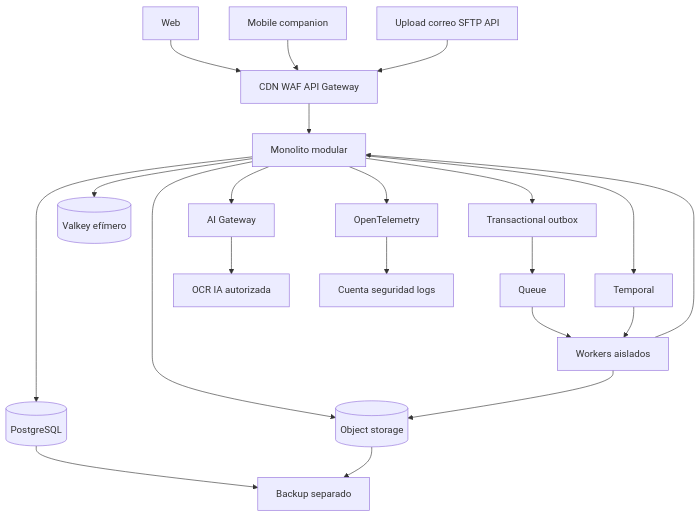
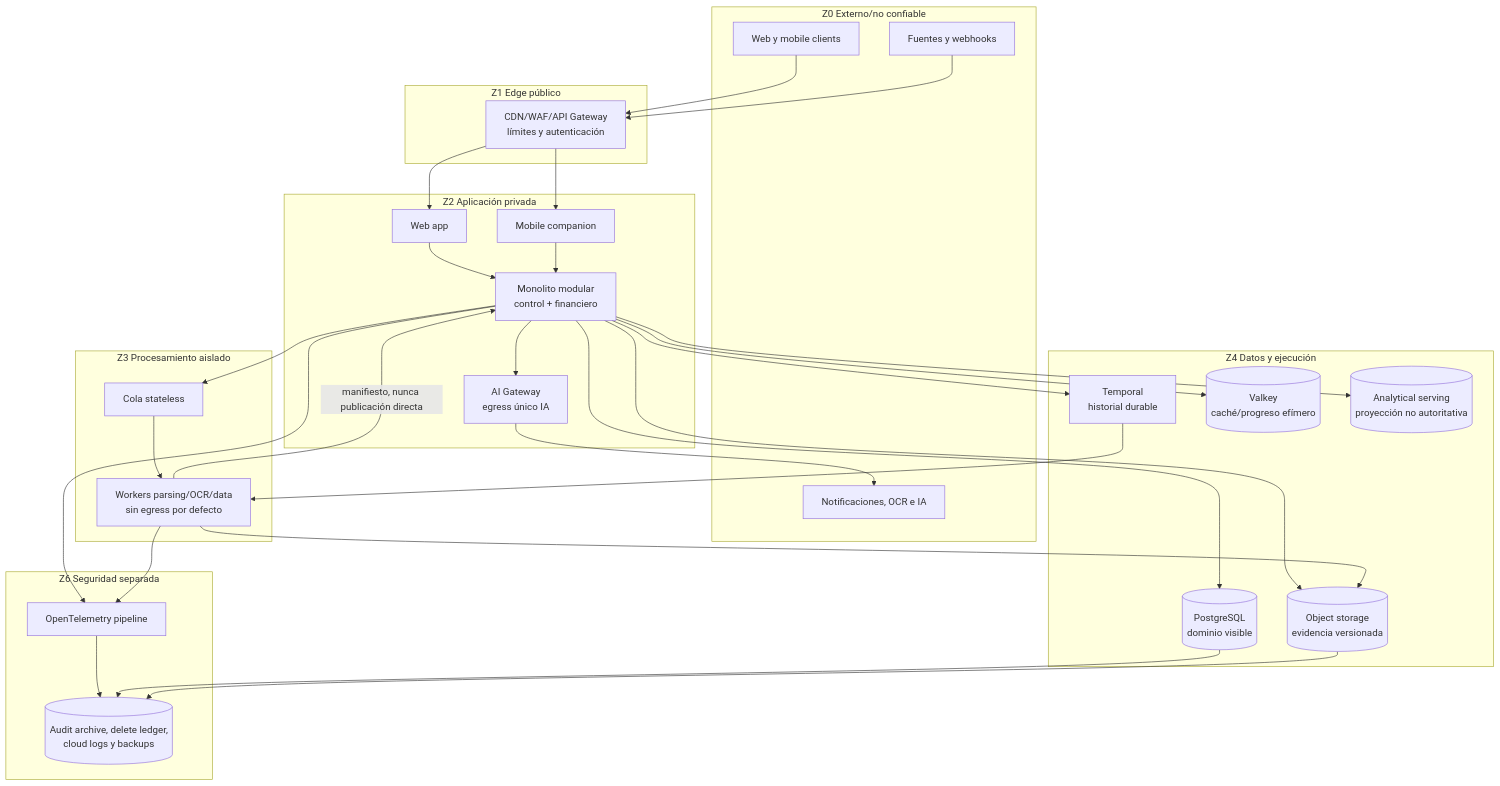
The second of 4 diagrams in docs/architecture/C4.md (Nipko/fincilia-platfrom), drawn with Mermaid before and after one commit. The commit also changed other lines of this file and 11 other files, not shown here.

Commit message:
docs(architecture): FNC-ARC-001 add executable C4 model

````diff
--- a/docs/architecture/C4.md
+++ b/docs/architecture/C4.md
@@ -31,23 +65,61 @@
-~~~mermaid
+```mermaid
 flowchart TB
-  Web[Web] --> Edge[CDN WAF API Gateway]
-  Mobile[Mobile companion] --> Edge
-  Sources[Upload correo SFTP API] --> Edge
-  Edge --> App[Monolito modular]
-  App --> PG[(PostgreSQL)]
-  App --> Obj[(Object storage)]
-  App --> Outbox[Transactional outbox]
-  Outbox --> Queue[Queue]
-  App --> Temporal[Temporal]
-  Queue --> Workers[Workers aislados]
+  subgraph Z0[Z0 Externo/no confiable]
+    User[Web y mobile clients]
+    Ext[Fuentes y webhooks]
+    Providers[Notificaciones, OCR e IA]
+  end
+
+  subgraph Z1[Z1 Edge público]
+    Edge[CDN/WAF/API Gateway<br/>límites y autenticación]
+  end
+
+  subgraph Z2[Z2 Aplicación privada]
+    Web[Web app]
+    Mobile[Mobile companion]
+    App[Monolito modular<br/>control + financiero]
+    AIG[AI Gateway<br/>egress único IA]
+  end
+
+  subgraph Z3[Z3 Procesamiento aislado]
+    Queue[Cola stateless]
+    Workers[Workers parsing/OCR/data<br/>sin egress por defecto]
+  end
+
+  subgraph Z4[Z4 Datos y ejecución]
+    PG[(PostgreSQL<br/>dominio visible)]
+    Obj[(Object storage<br/>evidencia versionada)]
+    Temporal[Temporal<br/>historial durable]
+    Valkey[(Valkey<br/>caché/progreso efímero)]
+    Analytics[(Analytical serving<br/>proyección no autoritativa)]
+  end
+
+  subgraph Z6[Z6 Seguridad separada]
+    Telemetry[OpenTelemetry pipeline]
+    Security[(Audit archive, delete ledger,<br/>cloud logs y backups)]
+  end
+
+  User --> Edge
+  Ext --> Edge
+  Edge --> Web
+  Edge --> Mobile
+  Web --> App
+  Mobile --> App
+  App --> PG
+  App --> Obj
+  App --> Temporal
+  App --> Valkey
+  App --> Queue
+  Queue --> Workers
   Temporal --> Workers
   Workers --> Obj
-  Workers --> App
-  App --> Valkey[(Valkey efímero)]
-  App --> AIG[AI Gateway]
-  AIG --> Providers[OCR IA autorizada]
-  App --> OTel[OpenTelemetry]
-  OTel --> Sec[Cuenta seguridad logs]
-  PG --> Backup[Backup separado]
-  Obj --> Backup
-~~~
+  Workers -->|manifiesto, nunca publicación directa| App
+  App --> AIG
+  AIG --> Providers
+  App --> Analytics
+  App --> Telemetry
+  Workers --> Telemetry
+  Telemetry --> Security
+  PG --> Security
+  Obj --> Security
+```
````
